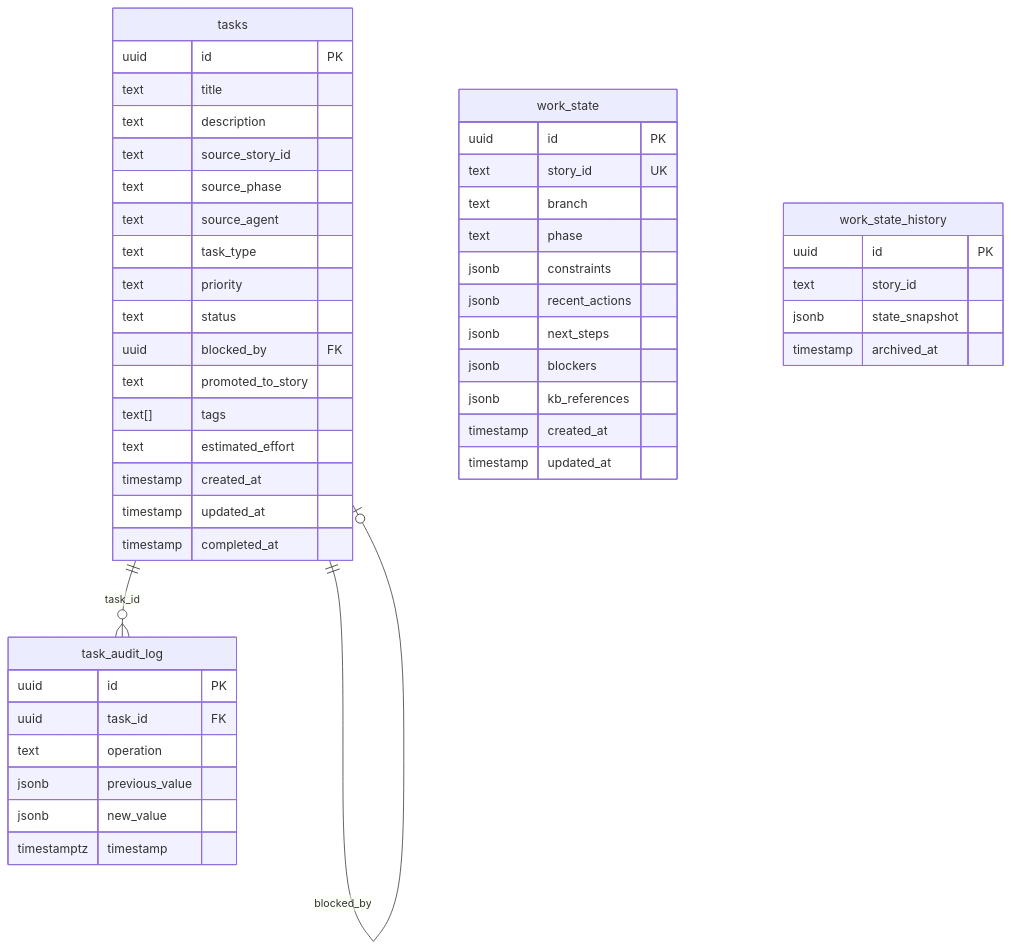
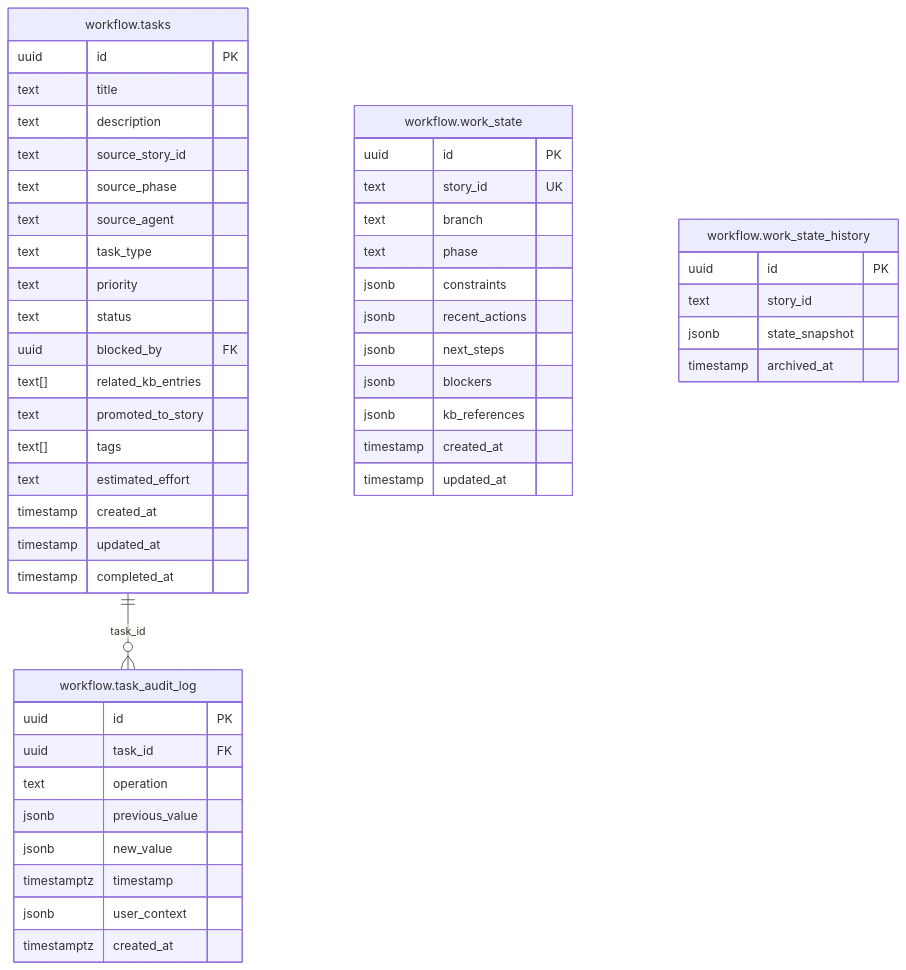
The fourth of 9 diagrams in knowledgebase-erd.md (michael-menard/monorepo), drawn with Mermaid before and after one commit. The commit also changed other lines of this file and 51 other files, not shown here.

````diff
--- a/knowledgebase-erd.md
+++ b/knowledgebase-erd.md
@@ -338,54 +229,56 @@
 ```mermaid
 erDiagram
-    tasks ||--o{ task_audit_log : "task_id"
-    tasks ||--o| tasks : "blocked_by"
+    workflow.tasks ||--o{ workflow.task_audit_log : "task_id"
 
-    tasks {
+    workflow.tasks {
         uuid id PK
         text title
         text description
         text source_story_id
         text source_phase
         text source_agent
         text task_type
         text priority
         text status
         uuid blocked_by FK
+        text[] related_kb_entries
         text promoted_to_story
         text[] tags
         text estimated_effort
         timestamp created_at
         timestamp updated_at
         timestamp completed_at
     }
 
-    task_audit_log {
+    workflow.task_audit_log {
         uuid id PK
         uuid task_id FK
         text operation
         jsonb previous_value
         jsonb new_value
         timestamptz timestamp
+        jsonb user_context
+        timestamptz created_at
     }
 
-    work_state {
+    workflow.work_state {
         uuid id PK
         text story_id UK
         text branch
         text phase
         jsonb constraints
         jsonb recent_actions
         jsonb next_steps
         jsonb blockers
         jsonb kb_references
         timestamp created_at
         timestamp updated_at
     }
 
-    work_state_history {
+    workflow.work_state_history {
         uuid id PK
         text story_id
         jsonb state_snapshot
         timestamp archived_at
     }
 ```
````
